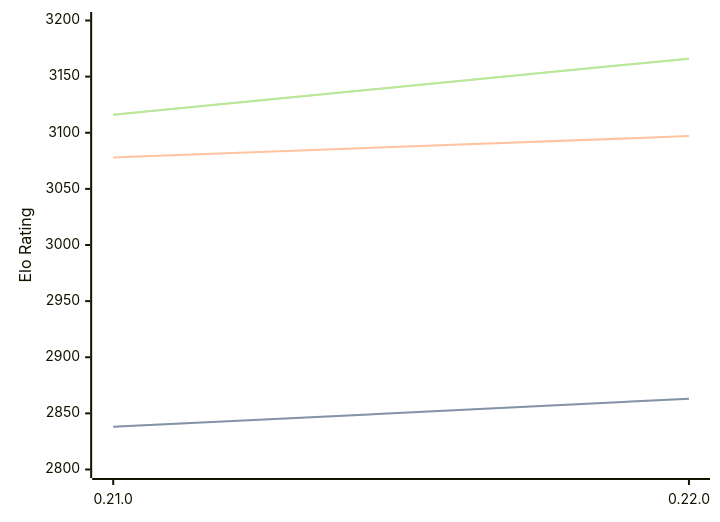
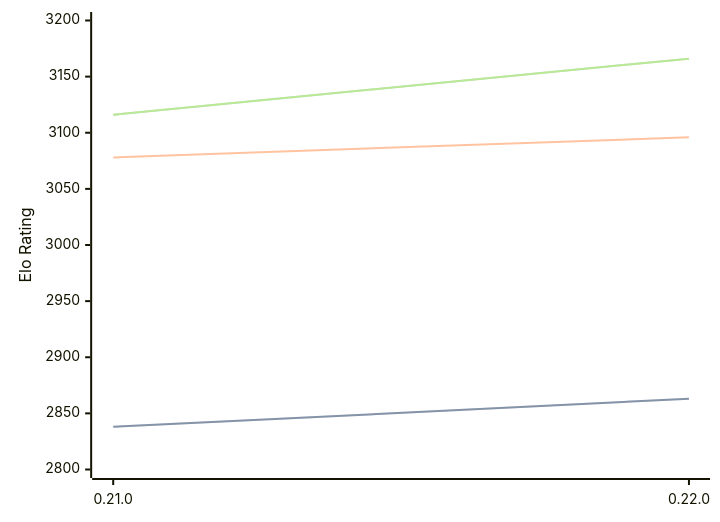
The diagram in engines/Princhess.md (computer-chess-index/cci), drawn with Mermaid before and after one commit. The commit also changed other lines of this file, not shown here.

````diff
--- a/engines/Princhess.md
+++ b/engines/Princhess.md
@@ -32,11 +32,11 @@
 ```mermaid
 %%{init: {"theme":"base","themeVariables":{"seriesColors:['#a3a3a3','#222221','#faa371']}}}%%
 xychart-beta
   x-axis ["0.21.0", "0.22.0"]
   y-axis "Elo Rating" 2800 --> 3200
   line "" [2838, 2863]
   line "STC (8.0+0.08s)" [2838, 2863]
-  line "LTC (60.0+0.60s)" [3078, 3097]
+  line "LTC (60.0+0.60s)" [3078, 3096]
   line "" [3116, 3166]
   line "VLTC (2m24s+1.12s)" [3116, 3166]
 ```
````
